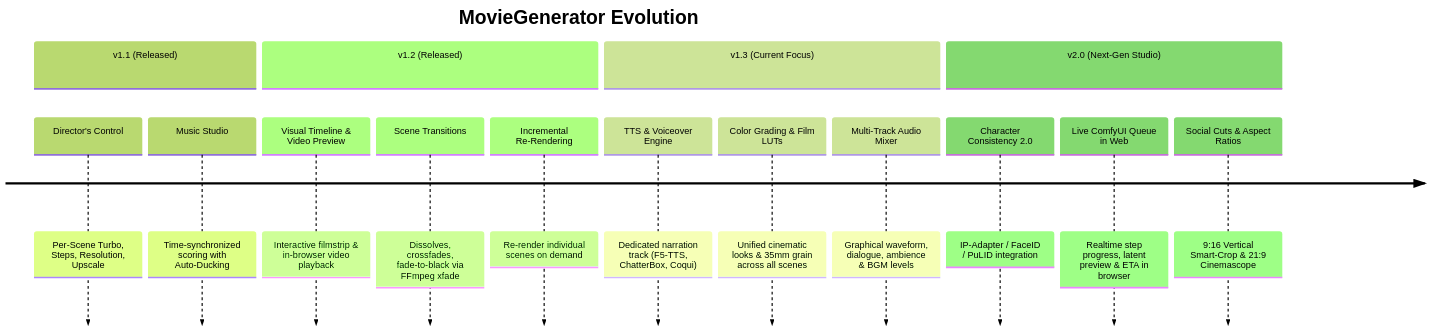
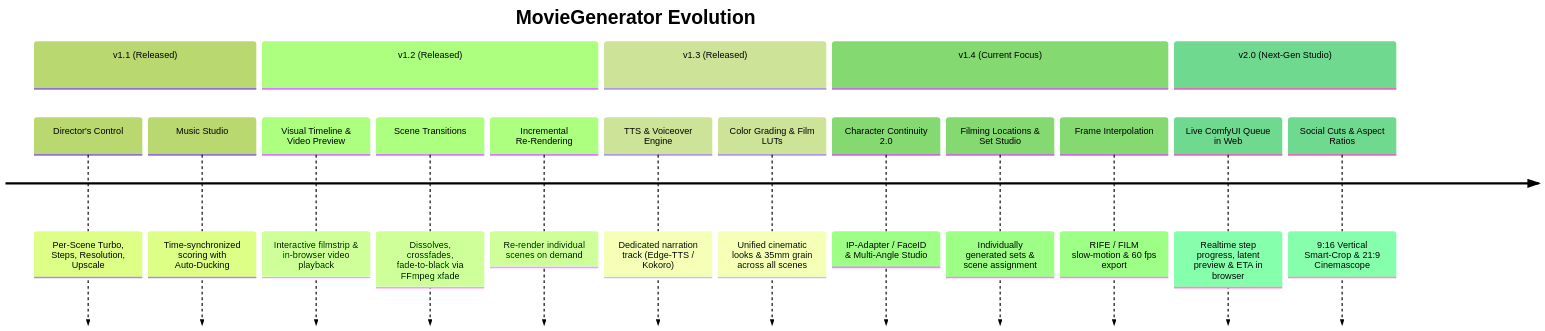
The diagram in ROADMAP.md (UbivisMedia/ComfyUI-MovieGenerator), drawn with Mermaid (forest theme) before and after one commit. The commit also changed other lines of this file and 14 other files, not shown here.

Commit message:
feat(beta): v1.4.0-beta - Character Continuity 2.0 (Multi-Angle Studio, Turnaround Engine & Set Studio)

````diff
--- a/ROADMAP.md
+++ b/ROADMAP.md
@@ -9,19 +9,21 @@
 ```mermaid
 timeline
     title MovieGenerator Evolution
     section v1.1 (Released)
         Director's Control : Per-Scene Turbo, Steps, Resolution, Upscale
         Music Studio : Time-synchronized scoring with Auto-Ducking
     section v1.2 (Released)
         Visual Timeline & Video Preview : Interactive filmstrip & in-browser video playback
         Scene Transitions : Dissolves, crossfades, fade-to-black via FFmpeg xfade
         Incremental Re-Rendering : Re-render individual scenes on demand
-    section v1.3 (Current Focus)
-        TTS & Voiceover Engine : Dedicated narration track (F5-TTS, ChatterBox, Coqui)
+    section v1.3 (Released)
+        TTS & Voiceover Engine : Dedicated narration track (Edge-TTS / Kokoro)
         Color Grading & Film LUTs : Unified cinematic looks & 35mm grain across all scenes
-        Multi-Track Audio Mixer : Graphical waveform, dialogue, ambience & BGM levels
+    section v1.4 (Current Focus)
+        Character Continuity 2.0 : IP-Adapter / FaceID & Multi-Angle Studio
+        Filming Locations & Set Studio : Individually generated sets & scene assignment
+        Frame Interpolation : RIFE / FILM slow-motion & 60 fps export
     section v2.0 (Next-Gen Studio)
-        Character Consistency 2.0 : IP-Adapter / FaceID / PuLID integration
         Live ComfyUI Queue in Web : Realtime step progress, latent preview & ETA in browser
         Social Cuts & Aspect Ratios : 9:16 Vertical Smart-Crop & 21:9 Cinemascope
 ```
````
